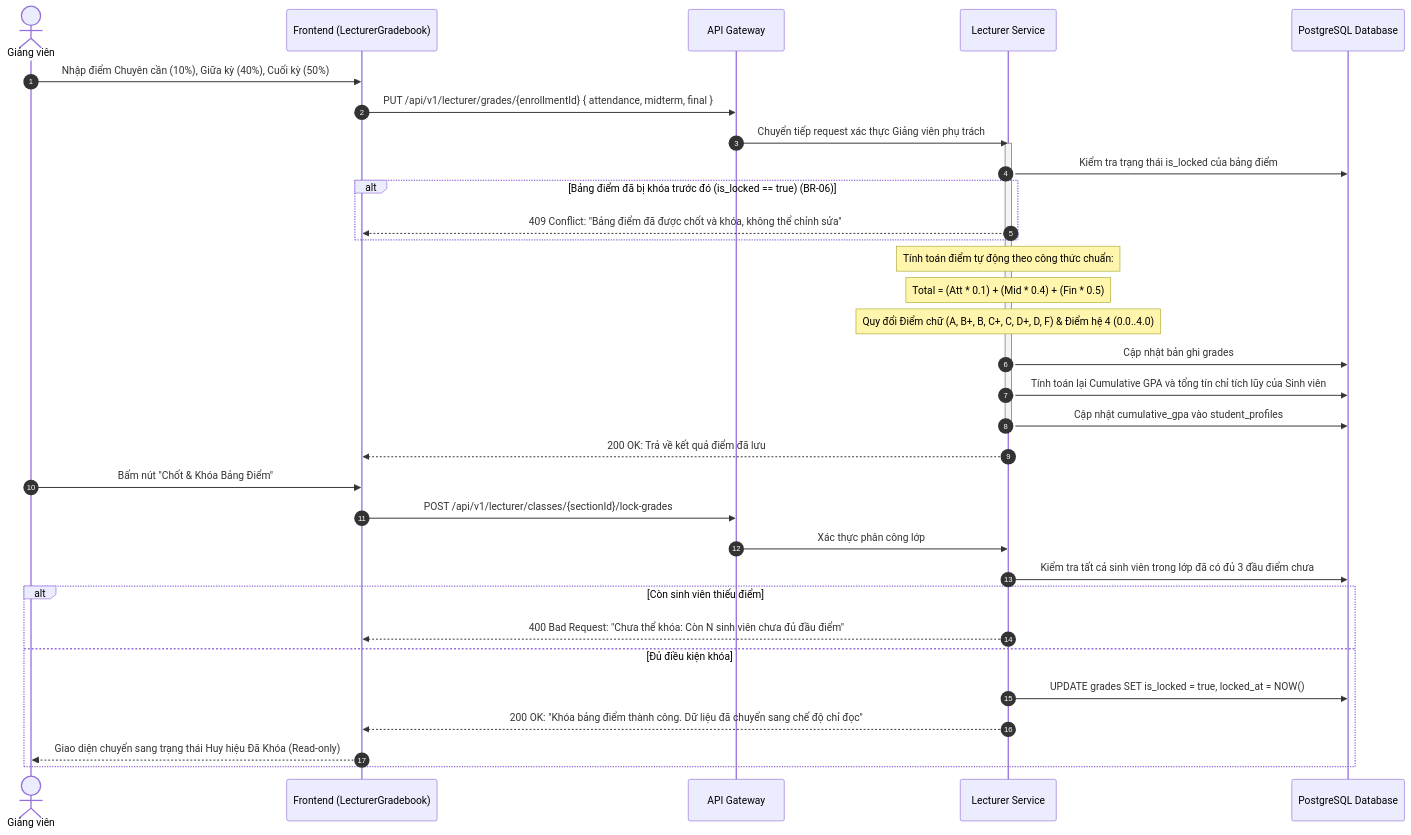
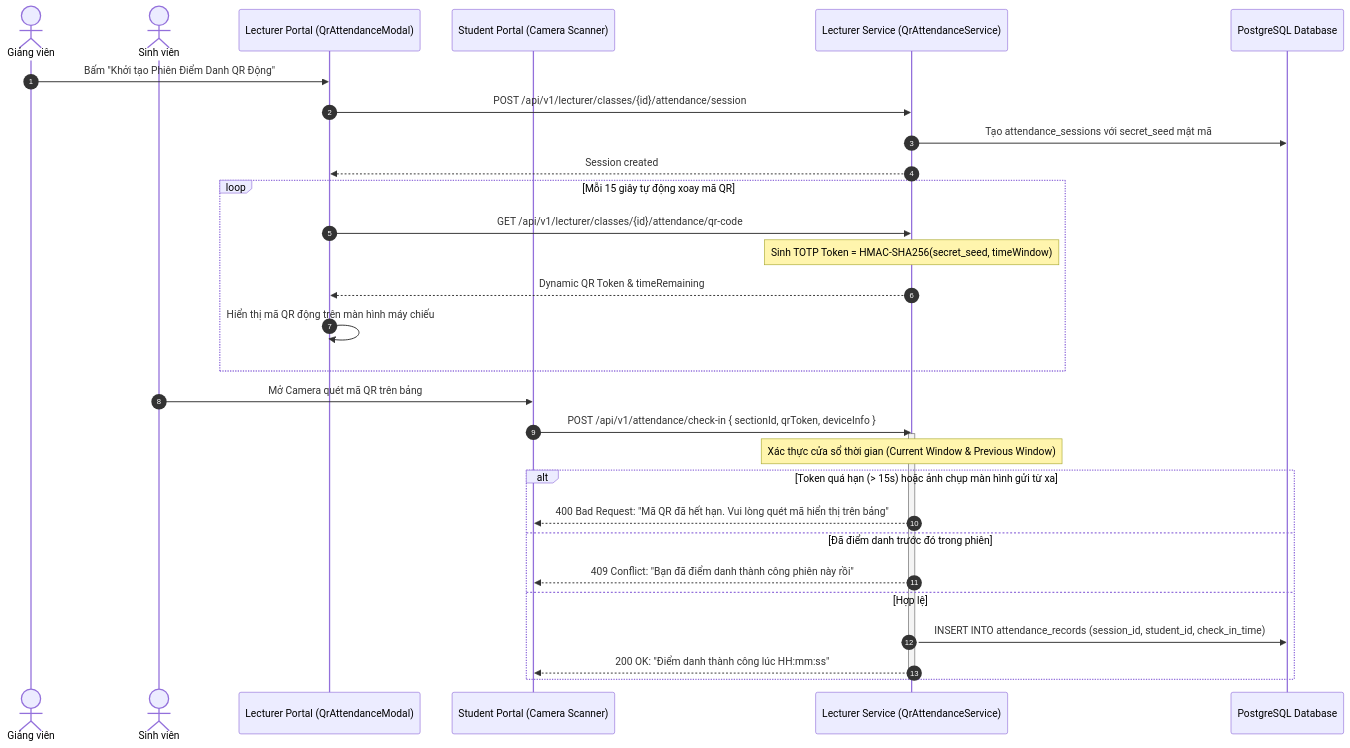
The sixth of 7 diagrams in SRS.md (minh2307/Student-Information-System), drawn with Mermaid before and after one commit. The commit also changed other lines of this file, not shown here.

````diff
--- a/SRS.md
+++ b/SRS.md
@@ -336,41 +365,37 @@
 ```mermaid
 sequenceDiagram
     autonumber
     actor GV as Giảng viên
-    participant FE as Frontend (LecturerGradebook)
-    participant GW as API Gateway
-    participant LS as Lecturer Service
+    actor SV as Sinh viên
+    participant FE_LEC as Lecturer Portal (QrAttendanceModal)
+    participant FE_STU as Student Portal (Camera Scanner)
+    participant LS as Lecturer Service (QrAttendanceService)
     participant DB as PostgreSQL Database
 
-    GV->>FE: Nhập điểm Chuyên cần (10%), Giữa kỳ (40%), Cuối kỳ (50%)
-    FE->>GW: PUT /api/v1/lecturer/grades/{enrollmentId} { attendance, midterm, final }
-    GW->>LS: Chuyển tiếp request xác thực Giảng viên phụ trách
+    GV->>FE_LEC: Bấm "Khởi tạo Phiên Điểm Danh QR Động"
+    FE_LEC->>LS: POST /api/v1/lecturer/classes/{id}/attendance/session
+    LS->>DB: Tạo attendance_sessions với secret_seed mật mã
+    LS-->>FE_LEC: Session created
+
+    loop Mỗi 15 giây tự động xoay mã QR
+        FE_LEC->>LS: GET /api/v1/lecturer/classes/{id}/attendance/qr-code
+        Note over LS: Sinh TOTP Token = HMAC-SHA256(secret_seed, timeWindow)
+        LS-->>FE_LEC: Dynamic QR Token & timeRemaining
+        FE_LEC->>FE_LEC: Hiển thị mã QR động trên màn hình máy chiếu
+    end
+
+    SV->>FE_STU: Mở Camera quét mã QR trên bảng
+    FE_STU->>LS: POST /api/v1/attendance/check-in { sectionId, qrToken, deviceInfo }
     
     activate LS
-    LS->>DB: Kiểm tra trạng thái is_locked của bảng điểm
-    alt Bảng điểm đã bị khóa trước đó (is_locked == true) (BR-06)
-        LS-->>FE: 409 Conflict: "Bảng điểm đã được chốt và khóa, không thể chỉnh sửa"
+    Note over LS: Xác thực cửa sổ thời gian (Current Window & Previous Window)
+    alt Token quá hạn (> 15s) hoặc ảnh chụp màn hình gửi từ xa
+        LS-->>FE_STU: 400 Bad Request: "Mã QR đã hết hạn. Vui lòng quét mã hiển thị trên bảng"
+    else Đã điểm danh trước đó trong phiên
+        LS-->>FE_STU: 409 Conflict: "Bạn đã điểm danh thành công phiên này rồi"
+    else Hợp lệ
+        LS->>DB: INSERT INTO attendance_records (session_id, student_id, check_in_time)
+        LS-->>FE_STU: 200 OK: "Điểm danh thành công lúc HH:mm:ss"
     end
-
-    Note over LS: Tính toán điểm tự động theo công thức chuẩn:
-    Note over LS: Total = (Att * 0.1) + (Mid * 0.4) + (Fin * 0.5)
-    Note over LS: Quy đổi Điểm chữ (A, B+, B, C+, C, D+, D, F) & Điểm hệ 4 (0.0..4.0)
-
-    LS->>DB: Cập nhật bản ghi grades
-    LS->>DB: Tính toán lại Cumulative GPA và tổng tín chỉ tích lũy của Sinh viên
-    LS->>DB: Cập nhật cumulative_gpa vào student_profiles
     deactivate LS
-    LS-->>FE: 200 OK: Trả về kết quả điểm đã lưu
-
-    GV->>FE: Bấm nút "Chốt & Khóa Bảng Điểm"
-    FE->>GW: POST /api/v1/lecturer/classes/{sectionId}/lock-grades
-    GW->>LS: Xác thực phân công lớp
-    LS->>DB: Kiểm tra tất cả sinh viên trong lớp đã có đủ 3 đầu điểm chưa
-    alt Còn sinh viên thiếu điểm
-        LS-->>FE: 400 Bad Request: "Chưa thể khóa: Còn N sinh viên chưa đủ đầu điểm"
-    else Đủ điều kiện khóa
-        LS->>DB: UPDATE grades SET is_locked = true, locked_at = NOW()
-        LS-->>FE: 200 OK: "Khóa bảng điểm thành công. Dữ liệu đã chuyển sang chế độ chỉ đọc"
-        FE-->>GV: Giao diện chuyển sang trạng thái Huy hiệu Đã Khóa (Read-only)
-    end
 ```
````
